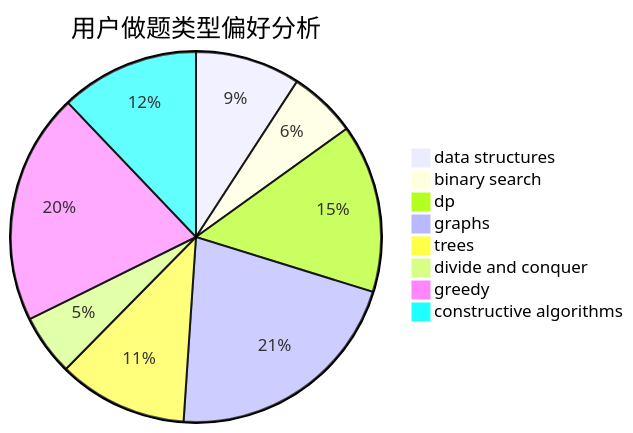
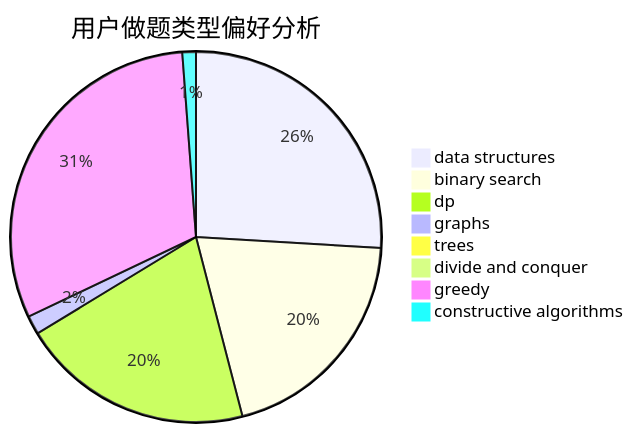
One commit to sherpahu/cfrs.github.io changed the second of 3 diagrams in docs/user/u727.md. Above: the diagram before and after it, drawn with Mermaid. The commit also changed other lines of this file and 2770 other files, not shown here.

````diff
--- a/docs/user/u727.md
+++ b/docs/user/u727.md
@@ -23,11 +23,11 @@
 ```mermaid
 pie title 用户做题类型偏好分析
-    "data structures" :  124
-    "binary search" :  80
-    "dp" :  199
-    "graphs" :  288
-    "trees" :  153
-    "divide and conquer" :  72
-    "greedy" :  273
-    "constructive algorithms" :  164
+    "data structures" :  569
+    "binary search" :  439
+    "dp" :  446
+    "graphs" :  36
+    "trees" :  5
+    "divide and conquer" :  0
+    "greedy" :  677
+    "constructive algorithms" :  26
 ```
````
